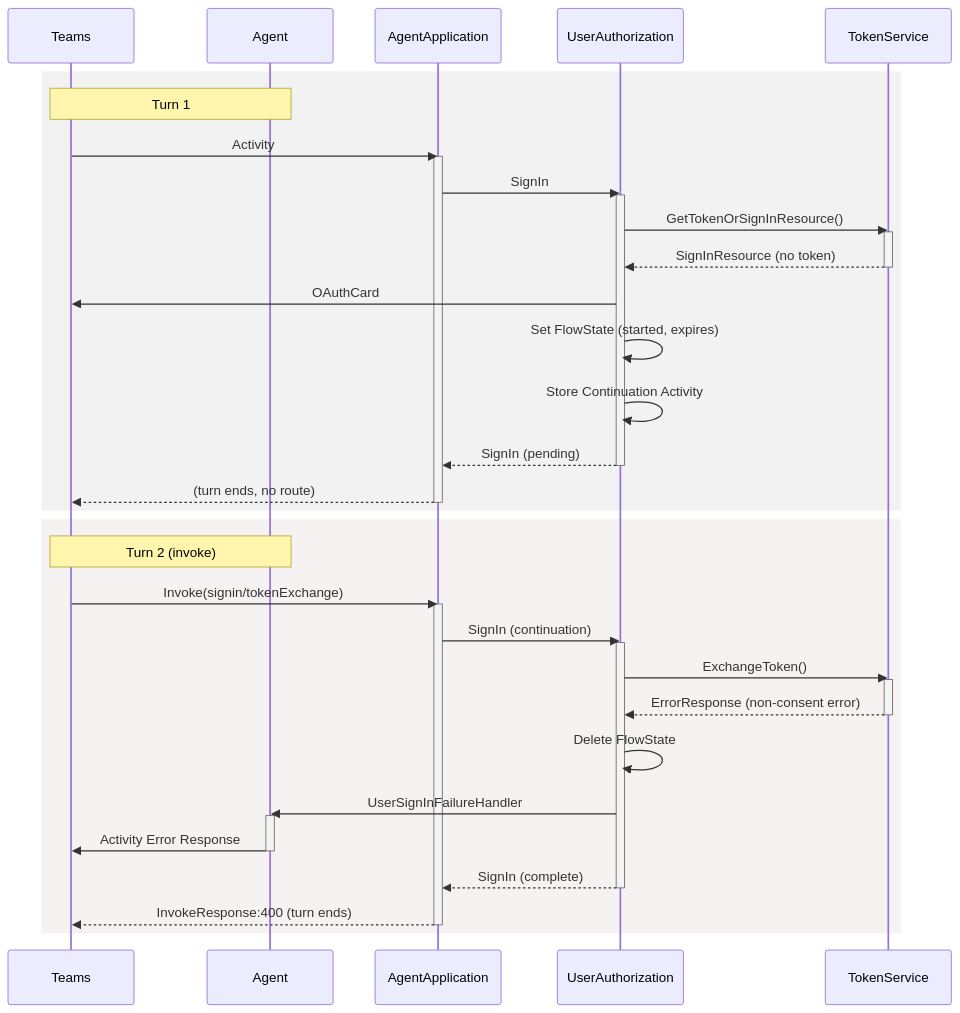
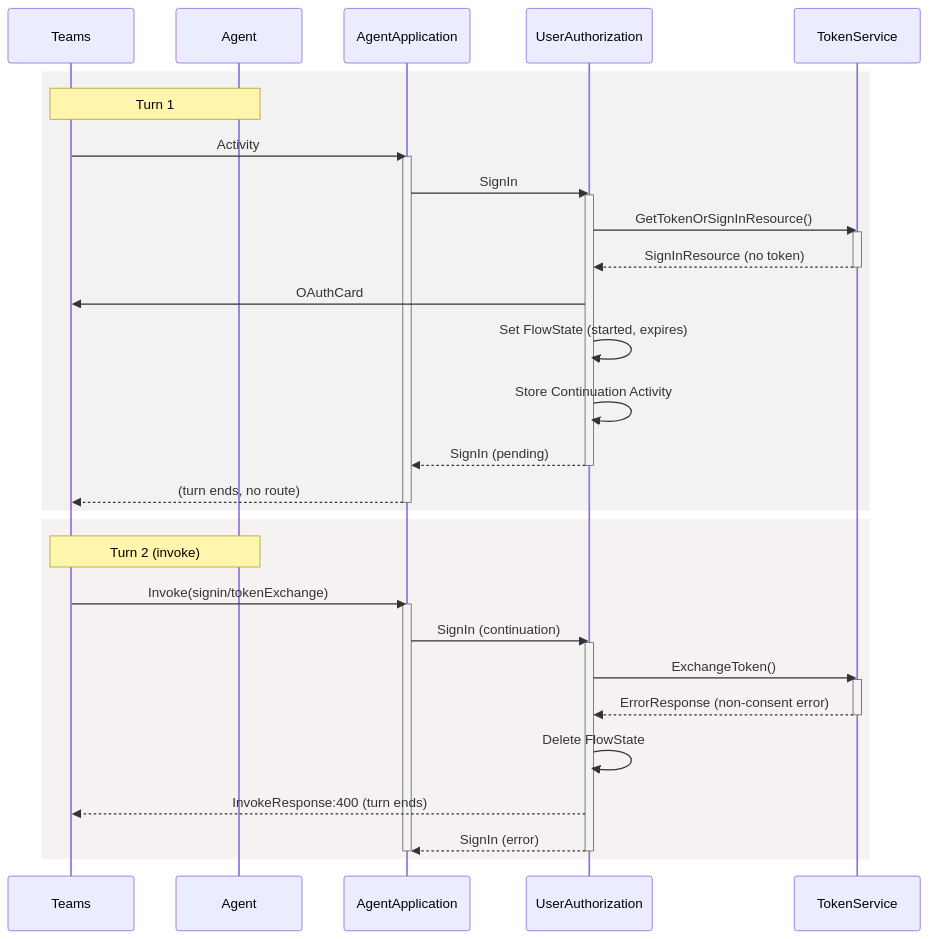
One commit to microsoft/Agents-for-net changed the fourth of 4 diagrams in docs/teams-sso-sequence-diagram.md. Above: the diagram before and after it, drawn with Mermaid. The commit also changed other lines of this file and 6 other files, not shown here.

Commit message:
docs: fix sequence diagram drift (closes #920)

````diff
--- a/docs/teams-sso-sequence-diagram.md
+++ b/docs/teams-sso-sequence-diagram.md
@@ -221,50 +221,46 @@
 ```mermaid
 sequenceDiagram
     participant Teams
     participant Agent
     participant AgentApplication
     participant UserAuthorization
     participant TokenService
 
     %% turn 1
     rect rgba(128, 128, 128, .1)
     Note over Teams,Agent: Turn 1
     Teams->>AgentApplication: Activity
     activate AgentApplication
     AgentApplication->>UserAuthorization: SignIn
     activate UserAuthorization
     UserAuthorization->>TokenService: GetTokenOrSignInResource()
     activate TokenService
     TokenService-->>UserAuthorization: SignInResource (no token)
     deactivate TokenService
     UserAuthorization->>Teams: OAuthCard
     UserAuthorization->>UserAuthorization: Set FlowState (started, expires)
     UserAuthorization->>UserAuthorization: Store Continuation Activity
     UserAuthorization-->>AgentApplication: SignIn (pending)
     deactivate UserAuthorization
     AgentApplication-->>Teams: (turn ends, no route)
     deactivate AgentApplication
     end
 
     %% turn 2
     rect rgba(170, 128, 128, .1)
     Note over Teams, Agent: Turn 2 (invoke)
     Teams->>AgentApplication: Invoke(signin/tokenExchange)
     activate AgentApplication
     AgentApplication->>UserAuthorization: SignIn (continuation)
     activate UserAuthorization
     UserAuthorization->>TokenService: ExchangeToken()
     activate TokenService
     TokenService-->>UserAuthorization: ErrorResponse (non-consent error)
     deactivate TokenService
     UserAuthorization->>UserAuthorization: Delete FlowState
-    UserAuthorization->>Agent: UserSignInFailureHandler
-    activate Agent
-    Agent->>Teams: Activity Error Response
-    deactivate Agent
-    UserAuthorization-->>AgentApplication: SignIn (complete)
+    UserAuthorization-->>Teams: InvokeResponse:400 (turn ends)
+    UserAuthorization-->>AgentApplication: SignIn (error)
     deactivate UserAuthorization
-    AgentApplication-->>Teams: InvokeResponse:400 (turn ends)
     deactivate AgentApplication
     end
 ```
````
